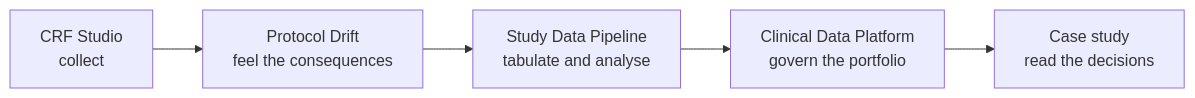
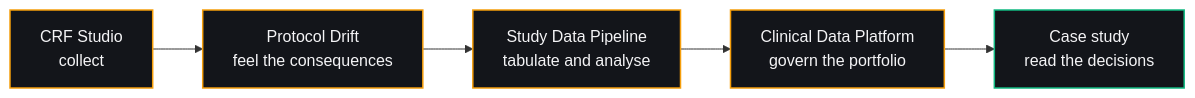
One commit to fderuiter/deruiter.dev changed the first of 2 diagrams in README.md. Above: the diagram before and after it, drawn with Mermaid. The commit also changed other lines of this file and 43 other files, not shown here.

````diff
--- a/README.md
+++ b/README.md
@@ -53,7 +66,11 @@
 ```mermaid
 flowchart LR
   A["CRF Studio<br/>collect"] --> B["Protocol Drift<br/>feel the consequences"]
   B --> C["Study Data Pipeline<br/>tabulate and analyse"]
   C --> D["Clinical Data Platform<br/>govern the portfolio"]
   D --> E["Case study<br/>read the decisions"]
+  classDef step fill:#13151a,stroke:#f59e0b,stroke-width:1.5px,color:#f4f4f6
+  classDef last fill:#13151a,stroke:#10b981,stroke-width:1.5px,color:#f4f4f6
+  class A,B,C,D step
+  class E last
 ```
````
